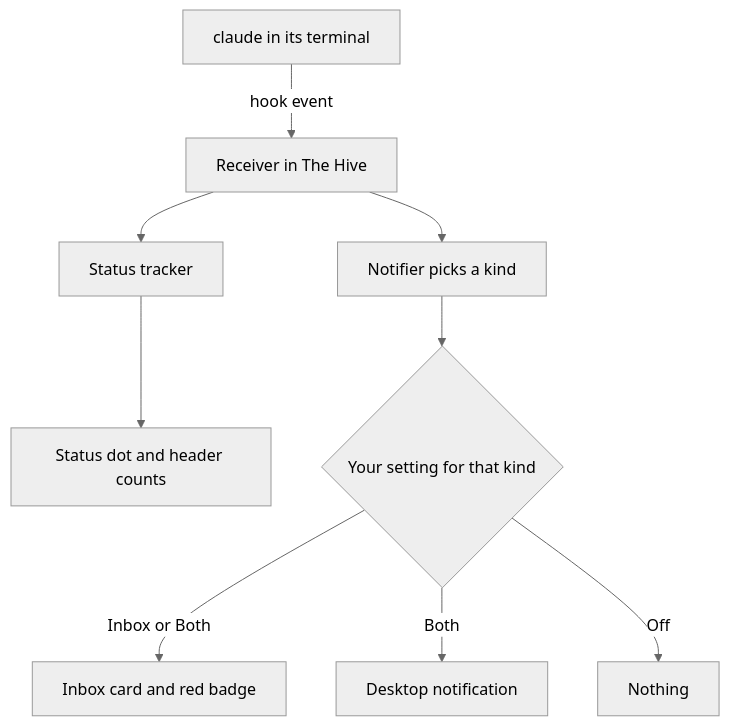
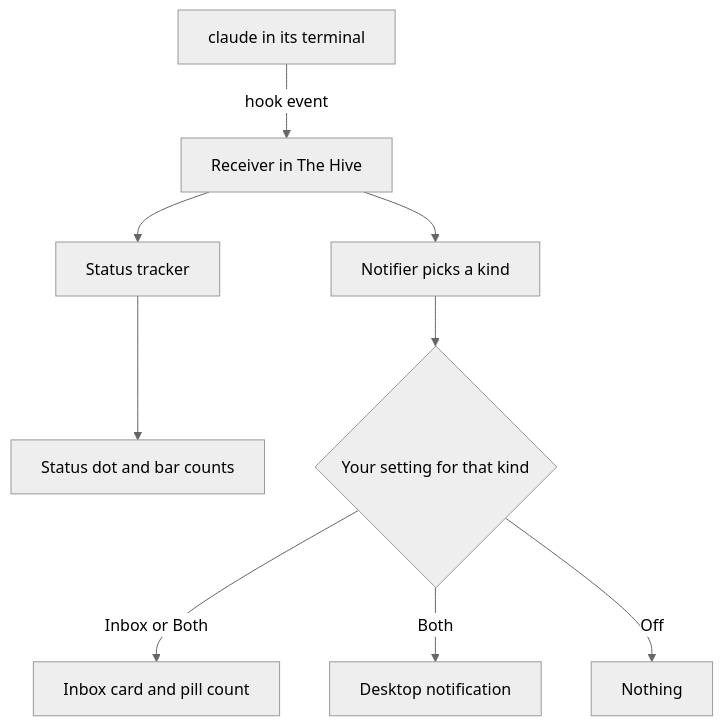
The diagram in docs/assets/diagrams/inbox.mmd (behiques/hivetty), drawn with Mermaid (neutral theme) before and after one commit. The commit also changed 44 other files, not shown here.

```diff
--- a/docs/assets/diagrams/inbox.mmd
+++ b/docs/assets/diagrams/inbox.mmd
@@ -1,9 +1,9 @@
 flowchart TD
   claude[claude in its terminal] -->|hook event| rcv[Receiver in The Hive]
   rcv --> trk[Status tracker]
-  trk --> dot[Status dot and header counts]
+  trk --> dot[Status dot and bar counts]
   rcv --> ntf[Notifier picks a kind]
   ntf --> pref{Your setting for that kind}
-  pref -->|Inbox or Both| card[Inbox card and red badge]
+  pref -->|Inbox or Both| card[Inbox card and pill count]
   pref -->|Both| toast[Desktop notification]
   pref -->|Off| none[Nothing]
```
